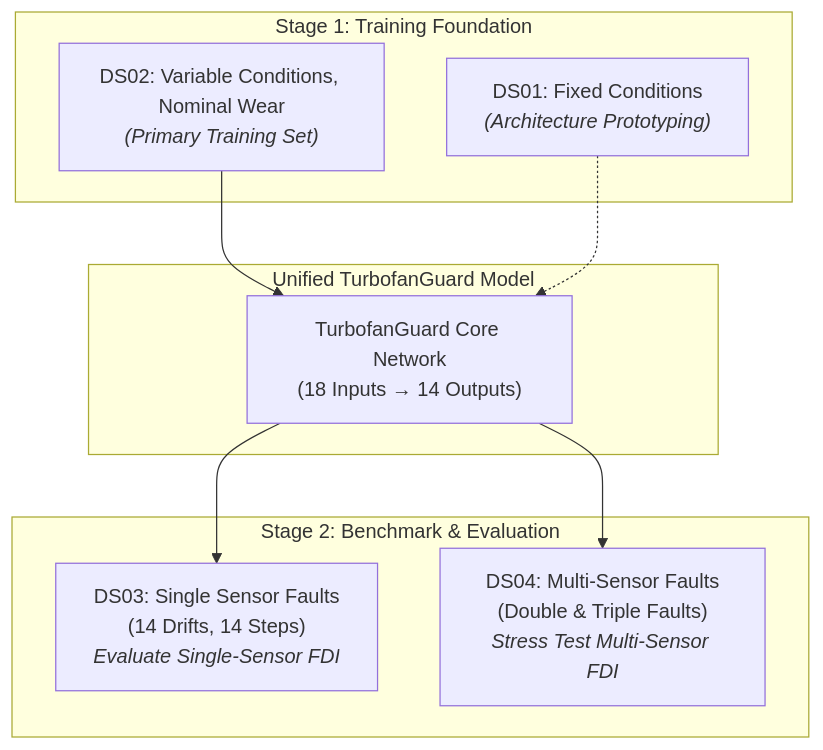
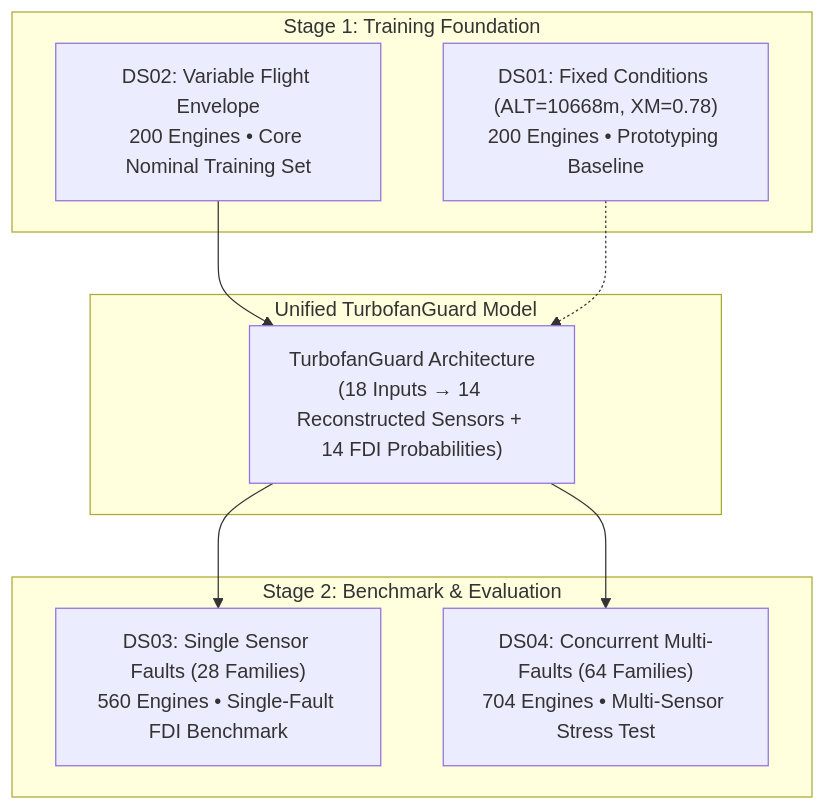
One commit to atulyasharan29/Turbofan-Guard changed the fourth of 4 diagrams in docs/ml.md. Above: the diagram before and after it, drawn with Mermaid. The commit also changed other lines of this file, not shown here.

Commit message:
docs: update ml architecture documentation with comprehensive sensor fault injection models and updated diagnostic schema definitions.

````diff
--- a/docs/ml.md
+++ b/docs/ml.md
@@ -285,21 +311,21 @@
 ```mermaid
 flowchart TD
     subgraph Phase1["Stage 1: Training Foundation"]
-        DS02["DS02: Variable Conditions, Nominal Wear<br/><i>(Primary Training Set)</i>"]
-        DS01["DS01: Fixed Conditions<br/><i>(Architecture Prototyping)</i>"]
+        DS01["DS01: Fixed Conditions (ALT=10668m, XM=0.78)<br/>200 Engines • Prototyping Baseline"]
+        DS02["DS02: Variable Flight Envelope<br/>200 Engines • Core Nominal Training Set"]
     end
 
     subgraph Model["Unified TurbofanGuard Model"]
-        Net["TurbofanGuard Core Network<br/>(18 Inputs → 14 Outputs)"]
+        Net["TurbofanGuard Architecture<br/>(18 Inputs → 14 Reconstructed Sensors + 14 FDI Probabilities)"]
     end
 
     subgraph Phase2["Stage 2: Benchmark & Evaluation"]
-        DS03["DS03: Single Sensor Faults<br/>(14 Drifts, 14 Steps)<br/><i>Evaluate Single-Sensor FDI</i>"]
-        DS04["DS04: Multi-Sensor Faults<br/>(Double & Triple Faults)<br/><i>Stress Test Multi-Sensor FDI</i>"]
+        DS03["DS03: Single Sensor Faults (28 Families)<br/>560 Engines • Single-Fault FDI Benchmark"]
+        DS04["DS04: Concurrent Multi-Faults (64 Families)<br/>704 Engines • Multi-Sensor Stress Test"]
     end
 
     DS02 --> Net
     DS01 -.-> Net
     Net --> DS03
     Net --> DS04
 ```
````
